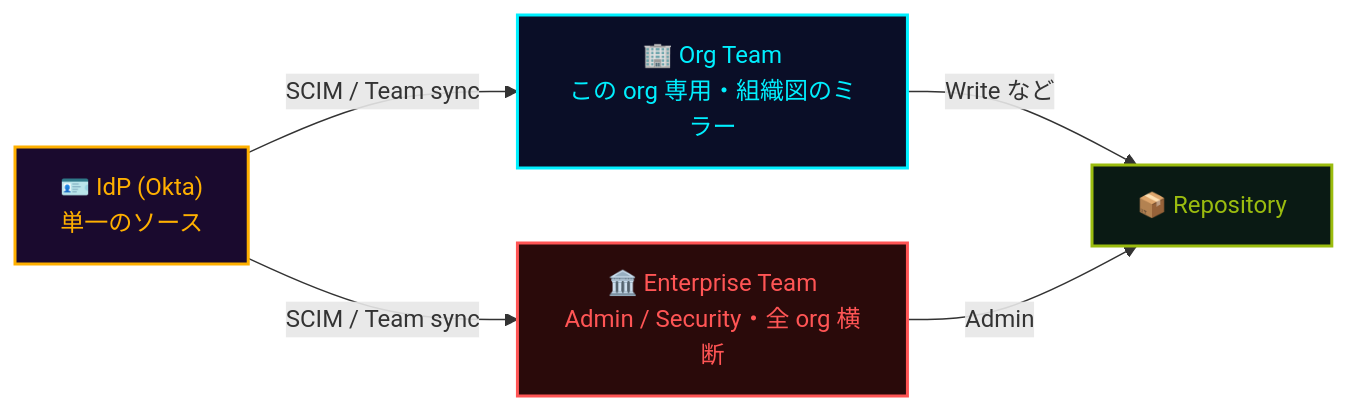
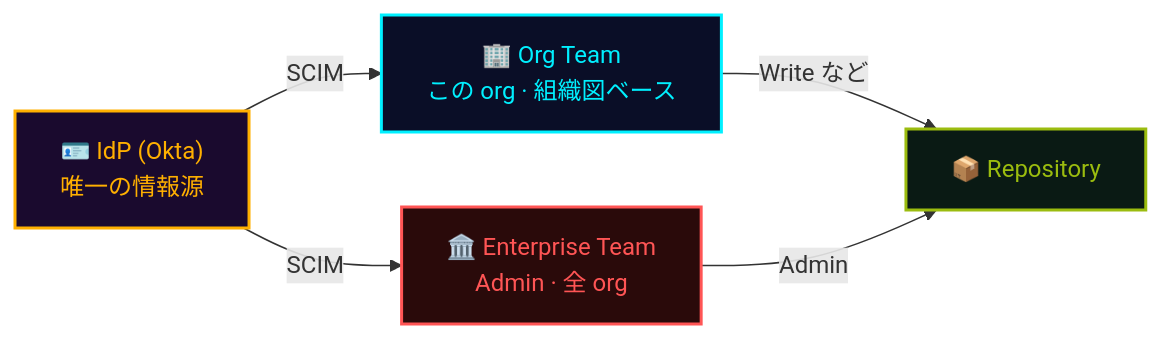
Before and after one commit to theomonfort/theomonfort: the diagram in src/content/playbook/ja/governance.md, drawn with Mermaid. The commit also changed other lines of this file and 4 other files, not shown here.

````diff
--- a/src/content/playbook/ja/governance.md
+++ b/src/content/playbook/ja/governance.md
@@ -79,20 +90,20 @@
 ```mermaid
 flowchart LR
-  IDP["🪪 IdP (Okta)<br/>単一のソース"]
-  ENT["🏛️ Enterprise Team<br/>Admin / Security・全 org 横断"]
-  ORG["🏢 Org Team<br/>この org 専用・組織図のミラー"]
+  IDP["🪪 IdP (Okta)<br/>唯一の情報源"]
+  ENT["🏛️ Enterprise Team<br/>Admin · 全 org"]
+  ORG["🏢 Org Team<br/>この org · 組織図ベース"]
   REPO["📦 Repository"]
-  IDP -->|SCIM / Team sync| ENT
-  IDP -->|SCIM / Team sync| ORG
+  IDP -->|SCIM| ENT
+  IDP -->|SCIM| ORG
   ORG -->|Write など| REPO
   ENT -->|Admin| REPO
 
   classDef idp fill:#1a0a2e,stroke:#ffb000,color:#ffb000,stroke-width:2px
   classDef ent fill:#2a0a0a,stroke:#ff5555,color:#ff5555,stroke-width:2px
   classDef org fill:#0a0e27,stroke:#00f0ff,color:#00f0ff,stroke-width:2px
   classDef repo fill:#0a1a14,stroke:#9bbc0f,color:#9bbc0f,stroke-width:2px
   class IDP idp
   class ENT ent
   class ORG org
   class REPO repo
 ```
````
